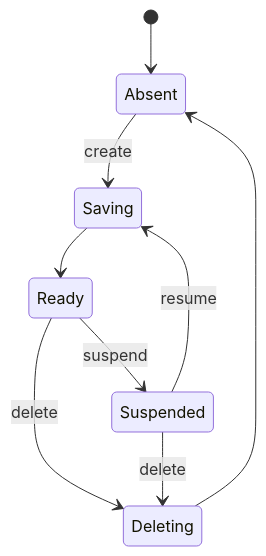
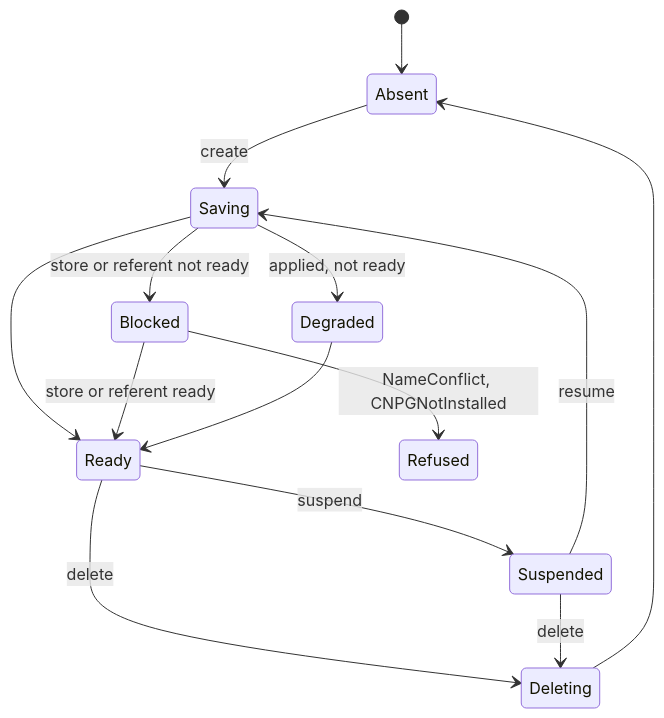
The second of 2 diagrams in orchestrator/crates/provisioner-platform/README.md (vymalo/another-agentic-system), drawn with Mermaid before and after one commit. The commit also changed other lines of this file and 9 other files, not shown here.

````diff
--- a/orchestrator/crates/provisioner-platform/README.md
+++ b/orchestrator/crates/provisioner-platform/README.md
@@ -36,11 +36,16 @@
 ```mermaid
 stateDiagram-v2
   [*] --> Absent
   Absent --> Saving: create
   Suspended --> Saving: resume
   Saving --> Ready
+  Saving --> Blocked: store or referent not ready
+  Blocked --> Ready: store or referent ready
+  Blocked --> Refused: NameConflict, CNPGNotInstalled
+  Saving --> Degraded: applied, not ready
+  Degraded --> Ready
   Ready --> Suspended: suspend
   Ready --> Deleting: delete
   Suspended --> Deleting: delete
   Deleting --> Absent
 ```
````
